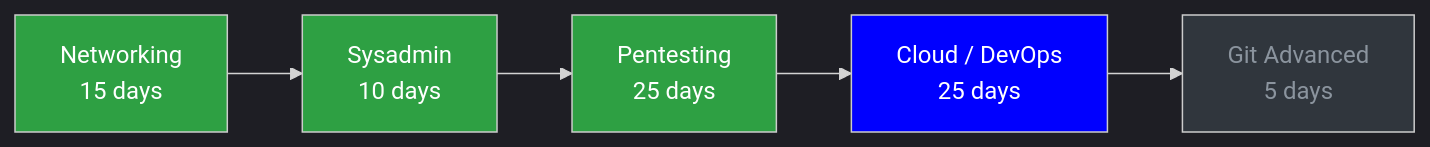
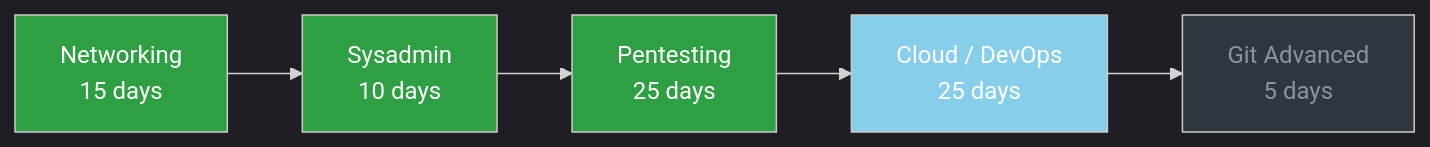
Before and after one commit to Jeetendra-sanatani/tools-journal: the second of 2 diagrams in README.md, drawn with Mermaid.

````diff
--- a/README.md
+++ b/README.md
@@ -63,14 +63,14 @@
 ```mermaid
 %%{init: {'theme':'dark'}}%%
 flowchart LR
     A[Networking<br/>15 days] --> B[Sysadmin<br/>10 days]
     B --> C[Pentesting<br/>25 days]
     C --> D[Cloud / DevOps<br/>25 days]
     D --> E[Git Advanced<br/>5 days]
 
     style A fill:#2ea043,color:#fff
     style B fill:#2ea043,color:#fff
     style C fill:#2ea043,color:#fff
-    style D fill:#0000FF,color:#fff
+    style D fill:#87CEEB,color:#fff
     style E fill:#30363d,color:#8b949e
 ```
````
